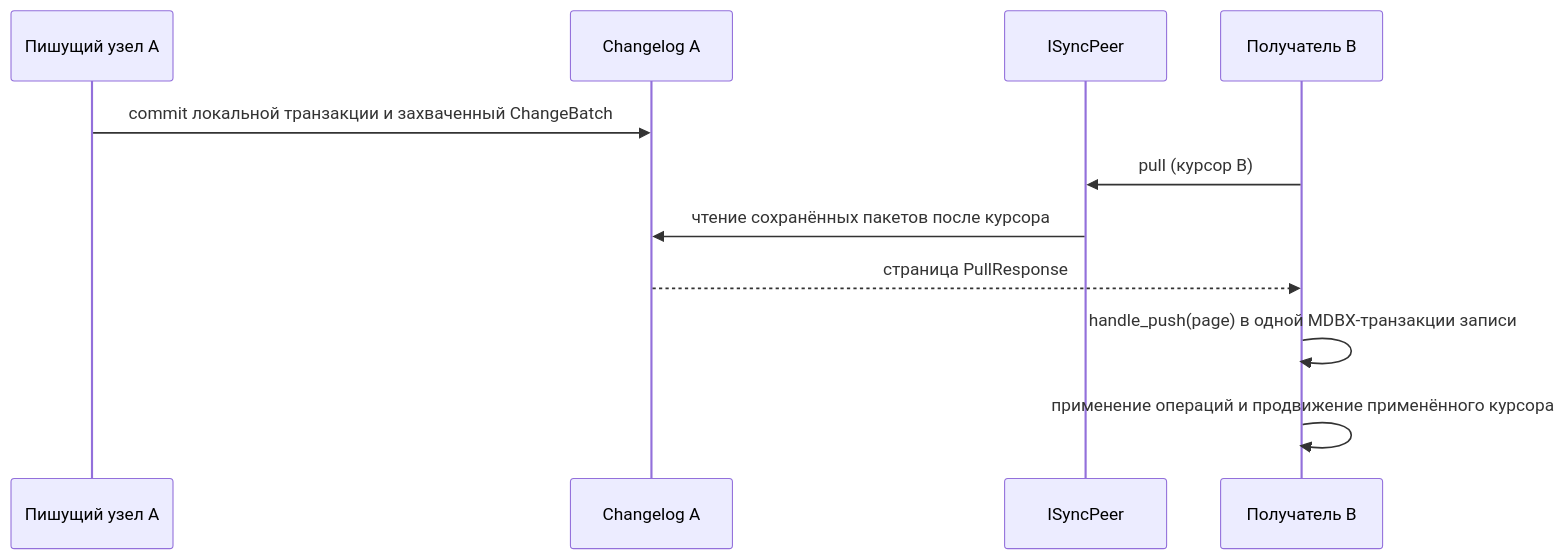
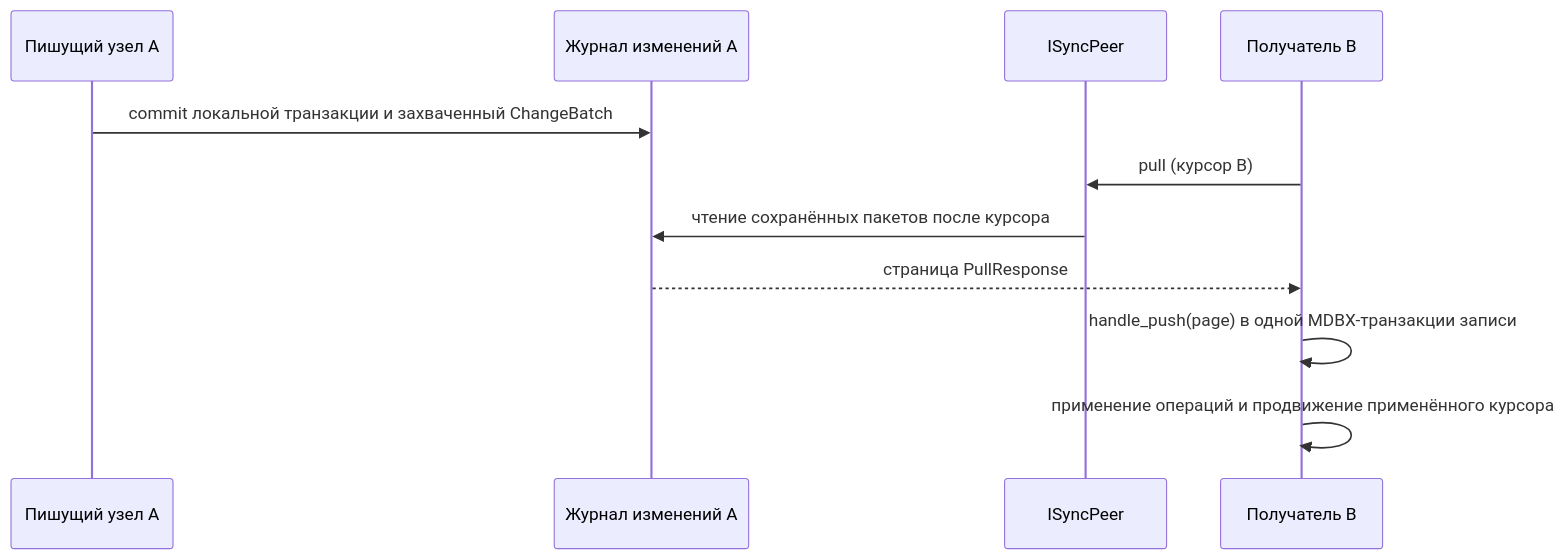
Before and after one commit to LimiNode/mdbx-containers: the second of 2 diagrams in docs/sync-RU.md, drawn with Mermaid. The commit also changed 2 other files, not shown here.

Commit message:
docs(ru): localize sync diagrams
Translate explanatory Mermaid labels in the Russian synchronization guides while preserving formal API and protocol identifiers.

````diff
--- a/docs/sync-RU.md
+++ b/docs/sync-RU.md
@@ -84,14 +84,14 @@
 ```mermaid
 sequenceDiagram
     participant A as Пишущий узел A
-    participant Log as Changelog A
+    participant Log as Журнал изменений A
     participant P as ISyncPeer
     participant B as Получатель B
 
     A->>Log: commit локальной транзакции и захваченный ChangeBatch
     B->>P: pull (курсор B)
     P->>Log: чтение сохранённых пакетов после курсора
     Log-->>B: страница PullResponse
     B->>B: handle_push(page) в одной MDBX-транзакции записи
     B->>B: применение операций и продвижение применённого курсора
 ```
````
